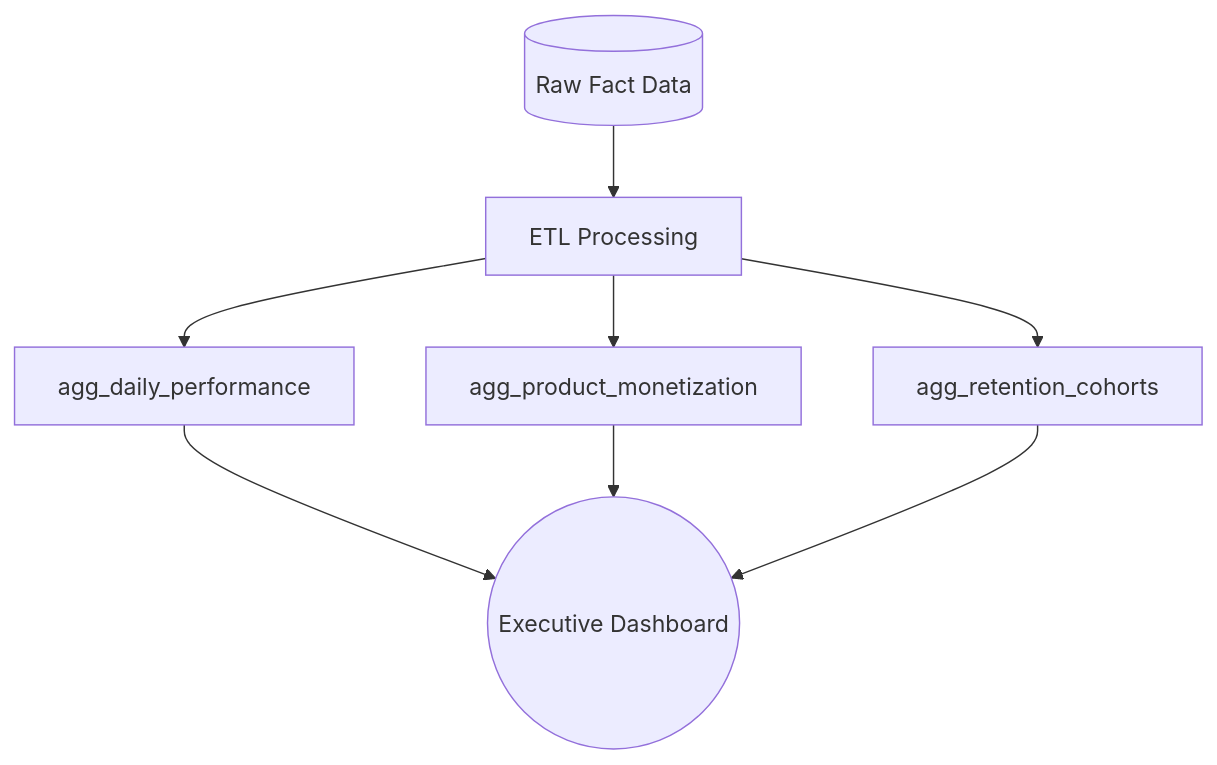
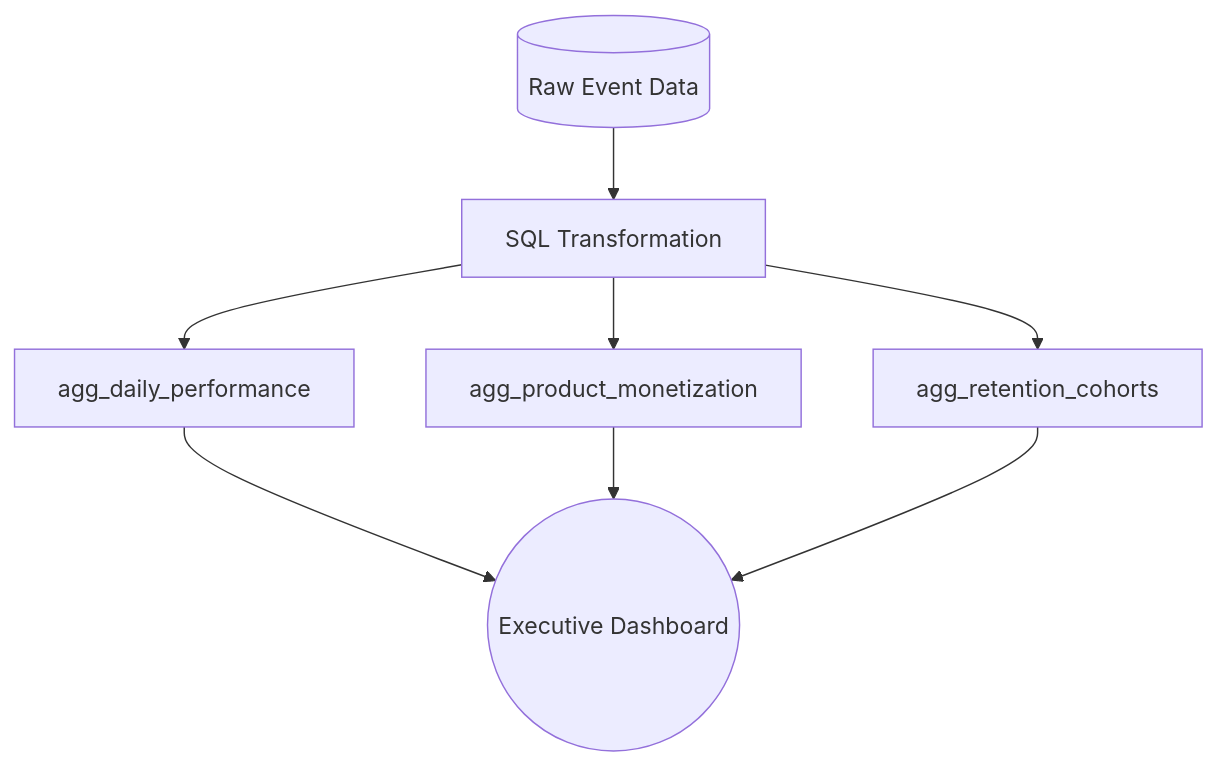
The diagram in 02 - Daily Performance Tracking/README.md (Tadelo-S/Dice-Dreams-Product-Analytics), drawn with Mermaid before and after one commit. The commit also changed other lines of this file, not shown here.

````diff
--- a/02 - Daily Performance Tracking/README.md
+++ b/02 - Daily Performance Tracking/README.md
@@ -6,10 +6,10 @@
 ```mermaid
 graph TD
-    A[(Raw Fact Data)] --> B[ETL Processing]
+    A[(Raw Event Data)] --> B[SQL Transformation]
     B --> C[agg_daily_performance]
     B --> D[agg_product_monetization]
     B --> E[agg_retention_cohorts]
     C --> F((Executive Dashboard))
     D --> F
     E --> F
 ```
````
